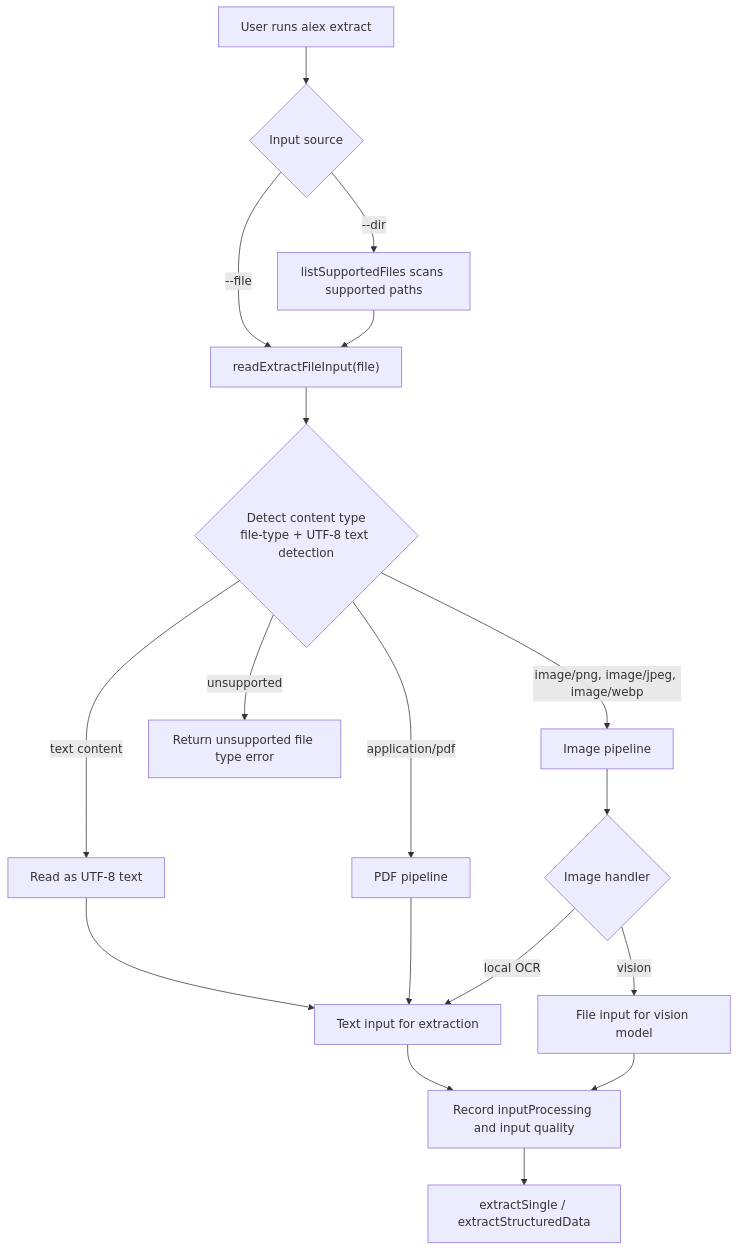
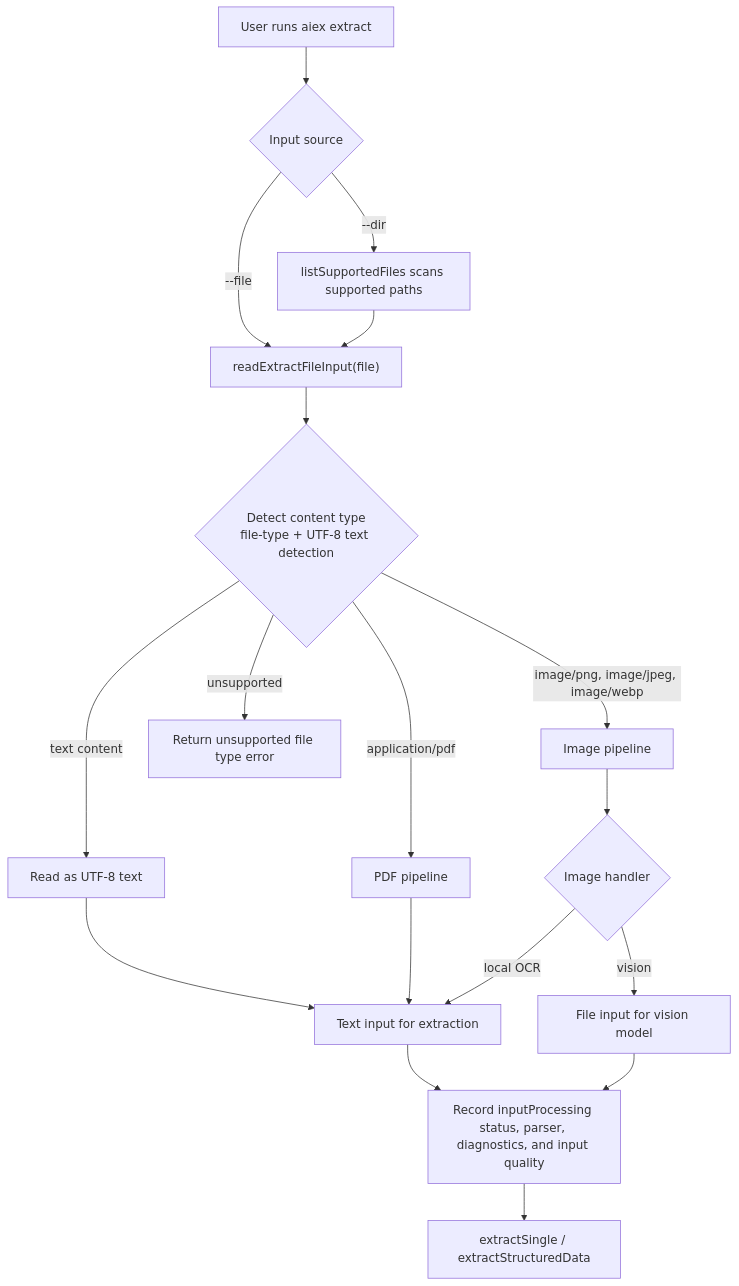
One commit to OSpoon/aiex-cli changed the second of 7 diagrams in docs/flow-chart.md. Above: the diagram before and after it, drawn with Mermaid. The commit also changed other lines of this file and 29 other files, not shown here.

````diff
--- a/docs/flow-chart.md
+++ b/docs/flow-chart.md
@@ -26,25 +26,25 @@
 ```mermaid
 flowchart TD
   A["User runs aiex extract"] --> B{"Input source"}
 
   B -->|"--file"| F1["readExtractFileInput(file)"]
   B -->|"--dir"| D1["listSupportedFiles scans supported paths"]
   D1 --> F1
 
   F1 --> D2{"Detect content type\nfile-type + UTF-8 text detection"}
 
   D2 -->|"text content"| T1["Read as UTF-8 text"]
   D2 -->|"application/pdf"| P1["PDF pipeline"]
   D2 -->|"image/png, image/jpeg, image/webp"| I1["Image pipeline"]
   D2 -->|"unsupported"| E1["Return unsupported file type error"]
 
   T1 --> O1["Text input for extraction"]
   P1 --> O1
   I1 --> O2{"Image handler"}
   O2 -->|"vision"| O3["File input for vision model"]
   O2 -->|"local OCR"| O1
 
-  O1 --> M1["Record inputProcessing and input quality"]
+  O1 --> M1["Record inputProcessing status, parser, diagnostics, and input quality"]
   O3 --> M1
   M1 --> X1["extractSingle / extractStructuredData"]
 ```
````
